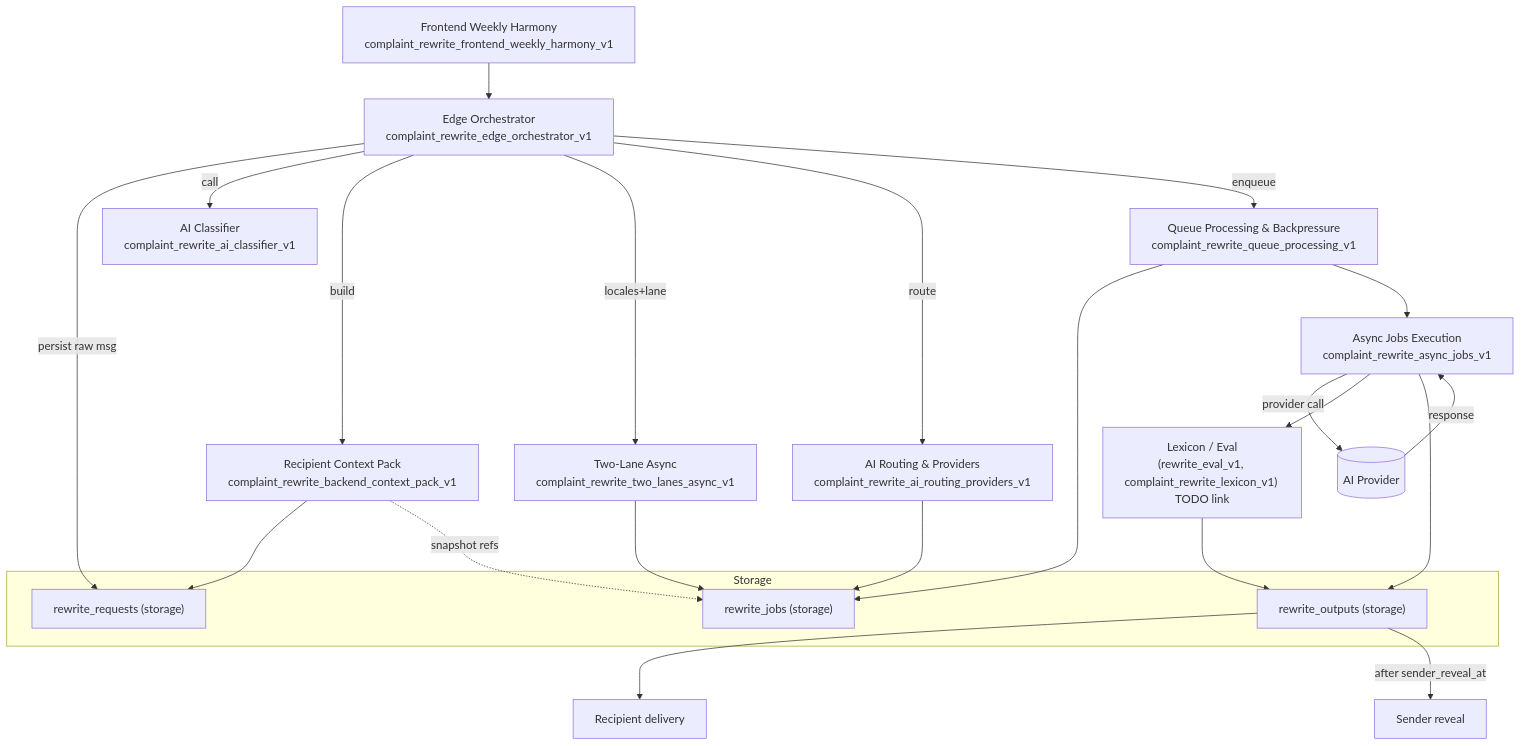
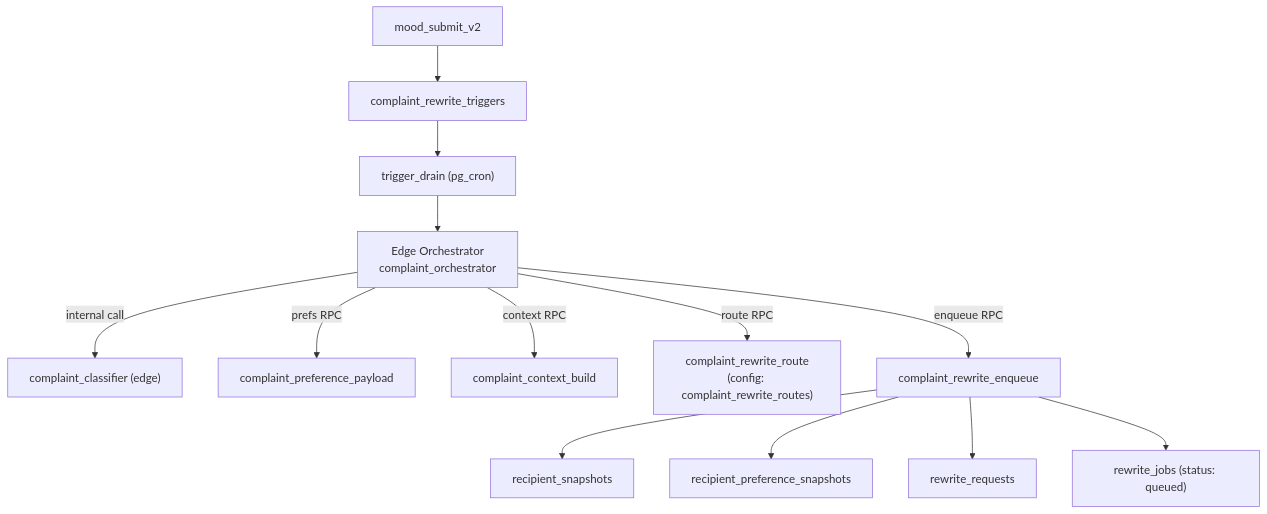
Before and after one commit to pariszhuang123/kinly-contracts: the first of 3 diagrams in contracts/api/kinly/complaint/complaint_rewrite_system_map.md, drawn with Mermaid. The commit also changed other lines of this file and 64 other files, not shown here.

Commit message:
Implement contract for complaint_rewrite

````diff
--- a/contracts/api/kinly/complaint/complaint_rewrite_system_map.md
+++ b/contracts/api/kinly/complaint/complaint_rewrite_system_map.md
@@ -15,31 +17,17 @@
 ```mermaid
 flowchart TD
-  FH["Frontend Weekly Harmony<br/>complaint_rewrite_frontend_weekly_harmony_v1"] --> ORCH
-  ORCH["Edge Orchestrator<br/>complaint_rewrite_edge_orchestrator_v1"] -->|persist raw msg| REQ["rewrite_requests (storage)"]
-  ORCH -->|call| CLF["AI Classifier<br/>complaint_rewrite_ai_classifier_v1"]
-  ORCH -->|build| CTX["Recipient Context Pack<br/>complaint_rewrite_backend_context_pack_v1"]
-  ORCH -->|locales+lane| LANE["Two-Lane Async<br/>complaint_rewrite_two_lanes_async_v1"]
-  ORCH -->|route| ROUTE["AI Routing & Providers<br/>complaint_rewrite_ai_routing_providers_v1"]
-  ORCH -->|enqueue| QUEUE["Queue Processing & Backpressure<br/>complaint_rewrite_queue_processing_v1"]
+  MOOD["mood_submit_v2"] --> TRIG["complaint_rewrite_triggers"]
+  TRIG --> DRN["trigger_drain (pg_cron)"]
+  DRN --> ORCH["Edge Orchestrator<br/>complaint_orchestrator"]
 
-  QUEUE --> JOBS["rewrite_jobs (storage)"]
-  QUEUE --> ASYNC["Async Jobs Execution<br/>complaint_rewrite_async_jobs_v1"]
-  ASYNC -->|provider call| MODEL[("AI Provider")]
-  MODEL -->|response| ASYNC
-  ASYNC --> EVAL["Lexicon / Eval<br/>(rewrite_eval_v1, complaint_rewrite_lexicon_v1) TODO link"]
-  EVAL --> OUTS
-  ASYNC --> OUTS["rewrite_outputs (storage)"]
-  OUTS --> RECIP["Recipient delivery"]
-  OUTS -->|after sender_reveal_at| SENDER["Sender reveal"]
+  ORCH -->|internal call| CLF["complaint_classifier (edge)"]
+  ORCH -->|prefs RPC| PREF["complaint_preference_payload"]
+  ORCH -->|context RPC| CTX["complaint_context_build"]
+  ORCH -->|route RPC| ROUTE["complaint_rewrite_route<br/>(config: complaint_rewrite_routes)"]
+  ORCH -->|enqueue RPC| ENQ["complaint_rewrite_enqueue"]
 
-  subgraph Storage
-    REQ
-    OUTS
-    JOBS
-  end
-
-  CTX --> REQ
-  ROUTE --> JOBS
-  LANE --> JOBS
-  CTX -. "snapshot refs" .-> JOBS
+  ENQ --> RSNAP["recipient_snapshots"]
+  ENQ --> RPSNAP["recipient_preference_snapshots"]
+  ENQ --> REQ["rewrite_requests"]
+  ENQ --> JOBS["rewrite_jobs (status: queued)"]
 ```
````
